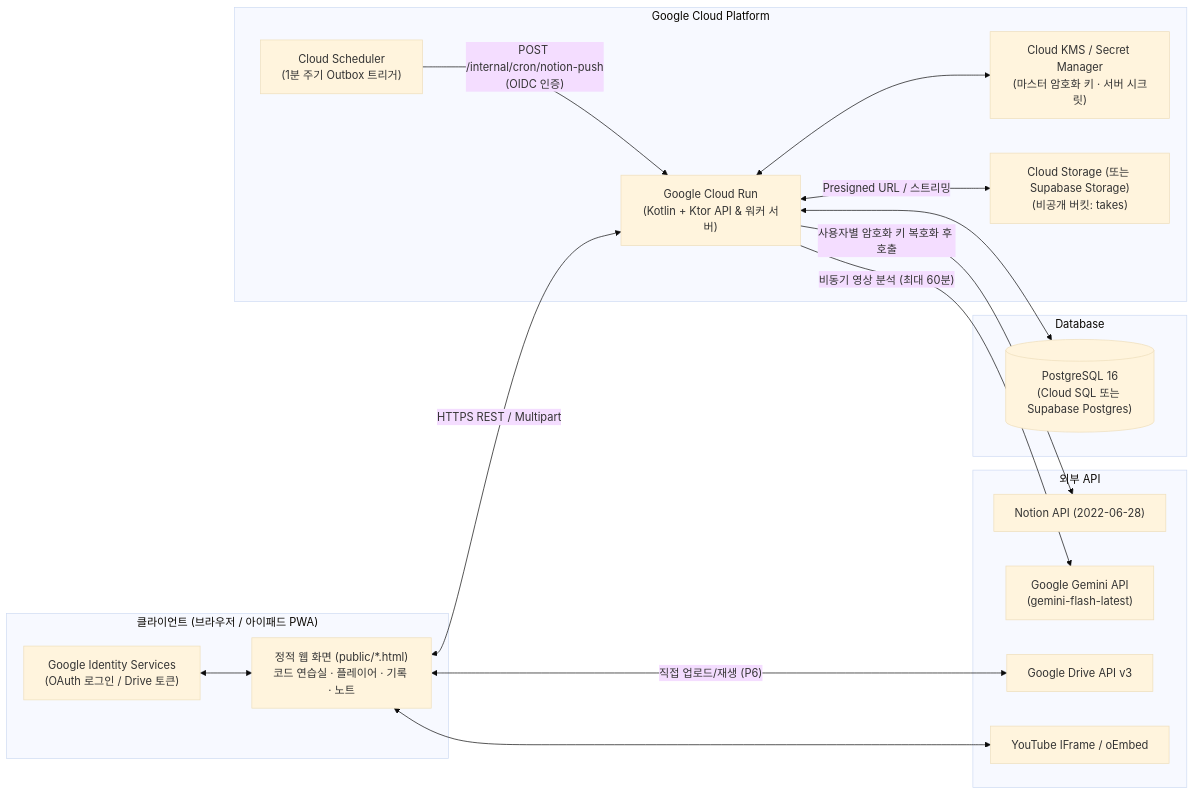
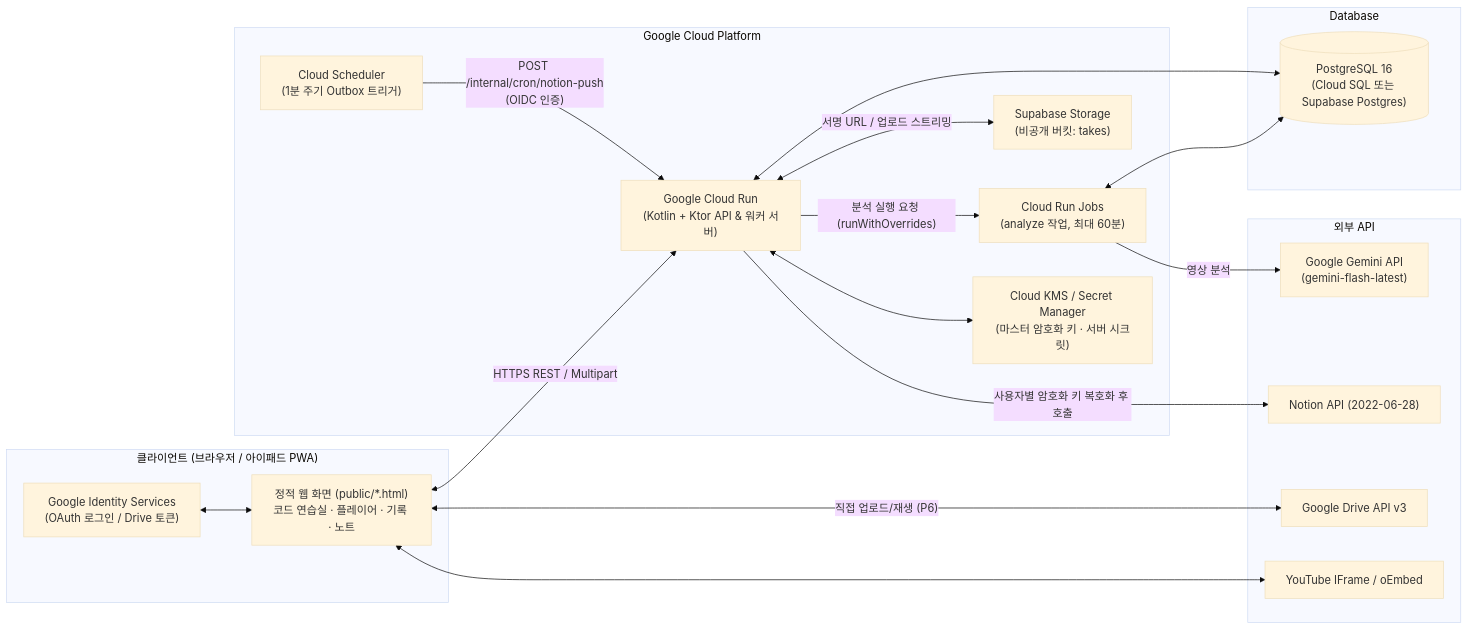
Before and after one commit to Hunseokc/ULevelP: the diagram in docs/01-project-plan.md, drawn with Mermaid (base theme). The commit also changed other lines of this file and 6 other files, not shown here.

First line of the commit message:
docs(design): 설계 검토 반영 — Supabase Storage·Cloud Run Jobs·lease·복합 FK (K0-R)

````diff
--- a/docs/01-project-plan.md
+++ b/docs/01-project-plan.md
@@ -46,37 +46,40 @@
 ```mermaid
 flowchart LR
   subgraph Client["클라이언트 (브라우저 / 아이패드 PWA)"]
     UI["정적 웹 화면 (public/*.html)\n코드 연습실 · 플레이어 · 기록 · 노트"]
     GIS["Google Identity Services\n(OAuth 로그인 / Drive 토큰)"]
   end
 
   subgraph GCP["Google Cloud Platform"]
     CR["Google Cloud Run\n(Kotlin + Ktor API & 워커 서버)"]
     CS["Cloud Scheduler\n(1분 주기 Outbox 트리거)"]
     KMS["Cloud KMS / Secret Manager\n(마스터 암호화 키 · 서버 시크릿)"]
-    GCS["Cloud Storage (또는 Supabase Storage)\n(비공개 버킷: takes)"]
+    CRJ["Cloud Run Jobs\n(analyze 작업, 최대 60분)"]
+    SBS["Supabase Storage\n(비공개 버킷: takes)"]
   end
 
   subgraph DB["Database"]
     PG[("PostgreSQL 16\n(Cloud SQL 또는 Supabase Postgres)")]
   end
 
   subgraph External["외부 API"]
     Notion["Notion API (2022-06-28)"]
     Gemini["Google Gemini API\n(gemini-flash-latest)"]
     Drive["Google Drive API v3"]
     YT["YouTube IFrame / oEmbed"]
   end
 
   UI <-->|"HTTPS REST / Multipart"| CR
   UI <-->|"직접 업로드/재생 (P6)"| Drive
   UI <--> YT
   GIS <--> UI
 
   CS -->|"POST /internal/cron/notion-push\n(OIDC 인증)"| CR
   CR <--> PG
-  CR <-->|"Presigned URL / 스트리밍"| GCS
+  CR <-->|"서명 URL / 업로드 스트리밍"| SBS
+  CR -->|"분석 실행 요청 (runWithOverrides)"| CRJ
+  CRJ <--> PG
+  CRJ -->|"영상 분석"| Gemini
   CR <--> KMS
   CR -->|"사용자별 암호화 키 복호화 후 호출"| Notion
-  CR -->|"비동기 영상 분석 (최대 60분)"| Gemini
 ```
````
